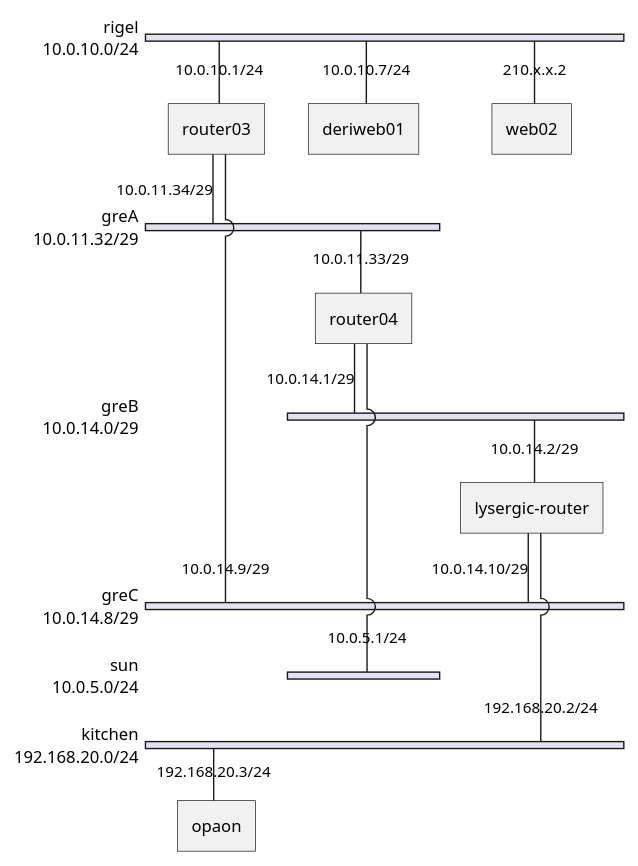
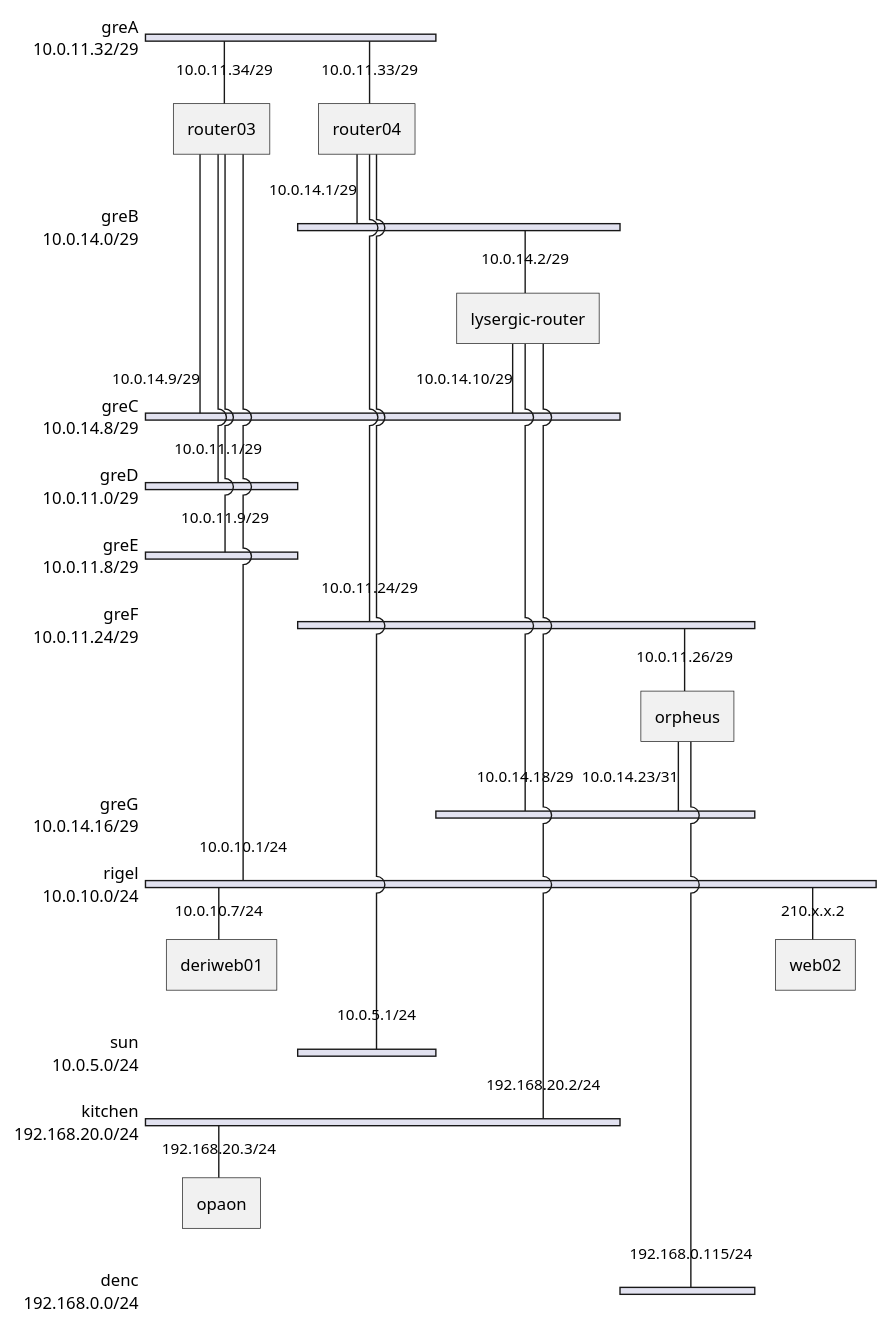
One commit to mogad0n/plantuml changed the diagram in lysergic.pu. Above: the diagram before and after it, drawn with PlantUML.

Commit message:
add all gre networks

```diff
--- a/lysergic.pu
+++ b/lysergic.pu
@@ -1,40 +1,68 @@
 @startuml
 nwdiag {
+
+  network greA {
+      address = "10.0.11.32/29"
+      router03 [address = "10.0.11.34/29"];
+      router04 [address = "10.0.11.33/29"];
+      }
+
+  network greB {
+      address = "10.0.14.0/29"
+      router04 [address = "10.0.14.1/29"];
+      lysergic-router [address = "10.0.14.2/29"];
+      }
+
+  network greC {
+      address = "10.0.14.8/29"
+      router03 [address = "10.0.14.9/29"];
+      lysergic-router [address = "10.0.14.10/29"];
+      }
+
+  network greD {
+      address = "10.0.11.0/29"
+      router03 [address = "10.0.11.1/29"];
+      }
+
+  network greE {
+      address = "10.0.11.8/29"
+      router03 [address = "10.0.11.9/29"];
+      }
+
+  network greF {
+      address = "10.0.11.24/29"
+      router04 [address = "10.0.11.24/29"];
+      orpheus [address = "10.0.11.26/29"];
+      }
+
+  network greG {
+      address = "10.0.14.16/29"
+      lysergic-router [address = "10.0.14.18/29"];
+      orpheus [address = "10.0.14.23/31"];
+      }
+
   network rigel {
       address = "10.0.10.0/24"
       router03 [address = "10.0.10.1/24"];
       deriweb01 [address = "10.0.10.7/24"];
       web02 [address = "210.x.x.2"];
-}
-
-  network greA {
-      address = "10.0.11.32/29"
-      router03 [address = "10.0.11.34/29"];
-      router04 [address = "10.0.11.33/29"];
-}
-
-  network greB {
-      address = "10.0.14.0/29"
-      router04 [address = "10.0.14.1/29"];
-      lysergic-router [address = "10.0.14.2/29"];
-}
-
-  network greC {
-      address = "10.0.14.8/29"
-      router03 [address = "10.0.14.9/29"];
-      lysergic-router [address = "10.0.14.10/29"];
-}
+      }
 
   network sun {
       address = "10.0.5.0/24"
       router04 [address = "10.0.5.1/24"];
-}
+      }
 
   network kitchen {
       address = "192.168.20.0/24"
       lysergic-router [address = "192.168.20.2/24"];
       opaon [address = "192.168.20.3/24"];
+      }
 
-	}
+
+  network denc {
+      address = "192.168.0.0/24"
+      orpheus [address = "192.168.0.115/24"];
+  }
 }
 @enduml
```
